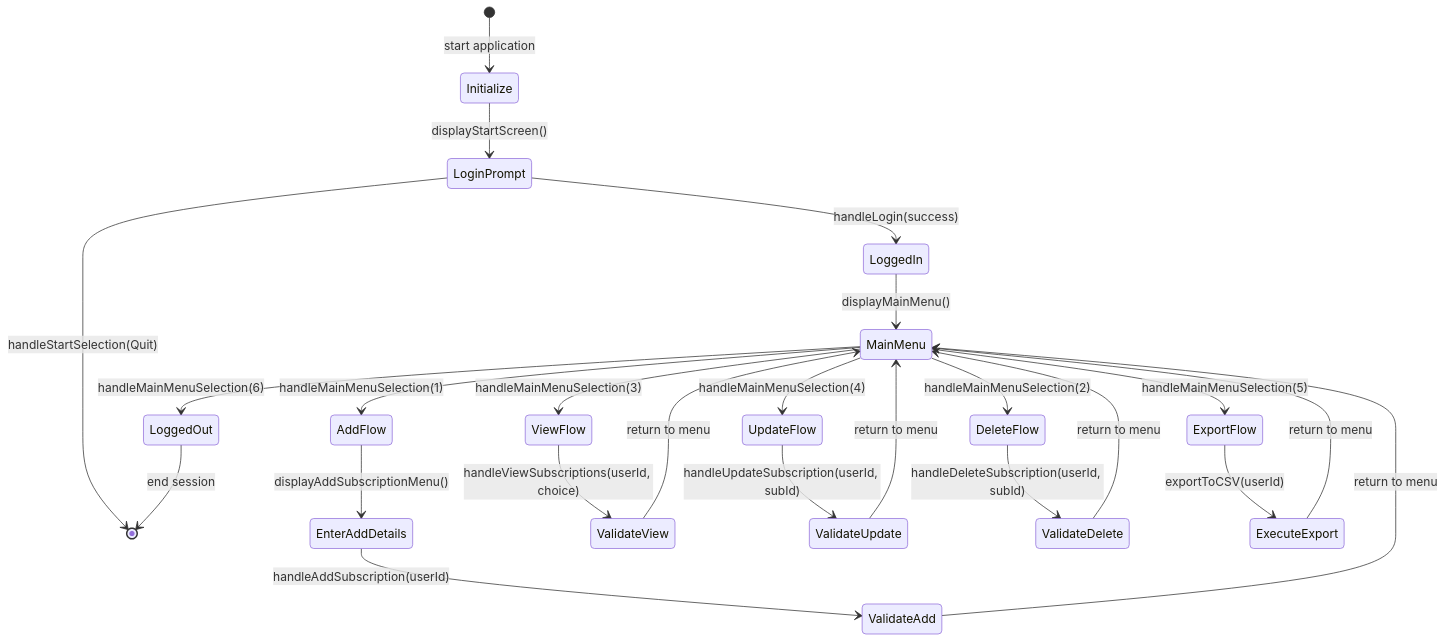
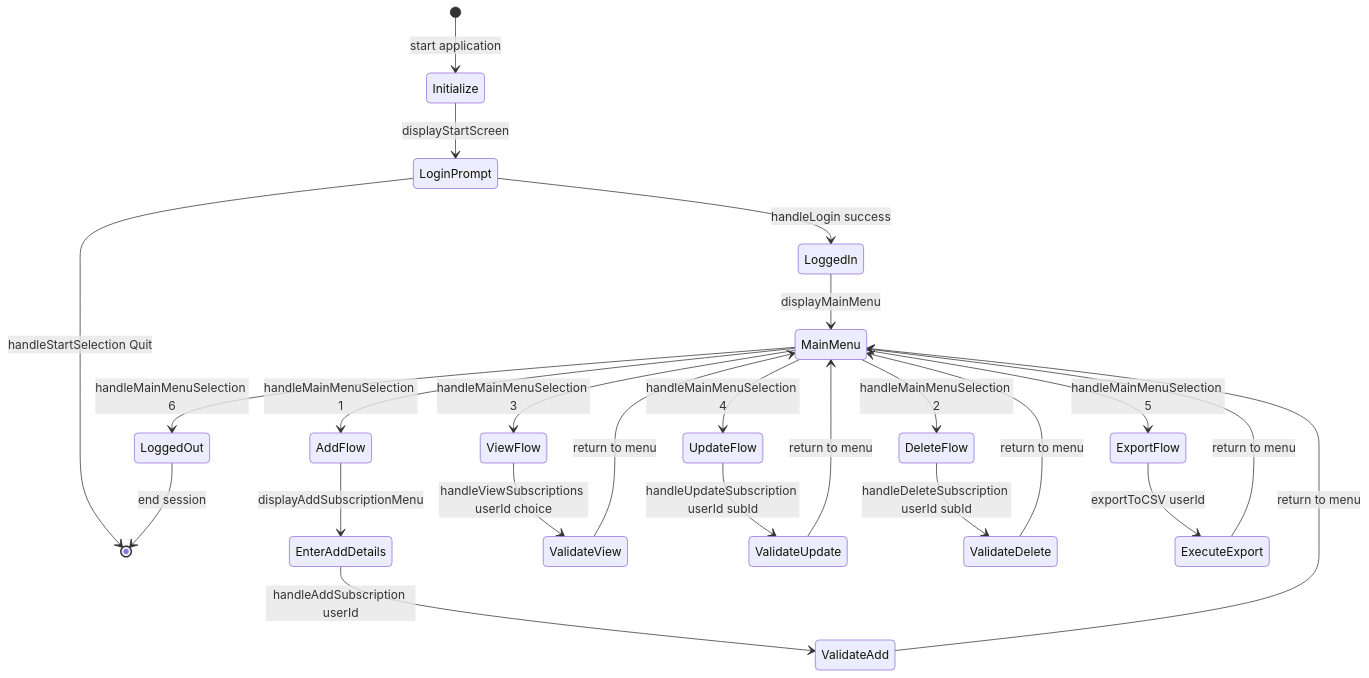
Before and after one commit to HashirOwais/NextPay-Subscription_Simplifed: diagram 19 of 20 in TESTING.md, drawn with Mermaid. The commit also changed other lines of this file, not shown here.

````diff
--- a/TESTING.md
+++ b/TESTING.md
@@ -368,32 +435,32 @@
 ```mermaid
 stateDiagram-v2
   [*] --> Initialize: start application
-  Initialize --> LoginPrompt: displayStartScreen()
-  LoginPrompt --> LoggedIn: handleLogin(success)
-  LoginPrompt --> [*]: handleStartSelection(Quit)
-  LoggedIn --> MainMenu: displayMainMenu()
+  Initialize --> LoginPrompt: displayStartScreen
+  LoginPrompt --> LoggedIn: handleLogin success
+  LoginPrompt --> [*]: handleStartSelection Quit
+  LoggedIn --> MainMenu: displayMainMenu
 
-  MainMenu --> AddFlow: handleMainMenuSelection(1)
-  AddFlow --> EnterAddDetails: displayAddSubscriptionMenu()
-  EnterAddDetails --> ValidateAdd: handleAddSubscription(userId)
+  MainMenu --> AddFlow: handleMainMenuSelection 1
+  AddFlow --> EnterAddDetails: displayAddSubscriptionMenu
+  EnterAddDetails --> ValidateAdd: handleAddSubscription userId
   ValidateAdd --> MainMenu: return to menu
 
-  MainMenu --> ViewFlow: handleMainMenuSelection(3)
-  ViewFlow --> ValidateView: handleViewSubscriptions(userId, choice)
+  MainMenu --> ViewFlow: handleMainMenuSelection 3
+  ViewFlow --> ValidateView: handleViewSubscriptions userId choice
   ValidateView --> MainMenu: return to menu
 
-  MainMenu --> UpdateFlow: handleMainMenuSelection(4)
-  UpdateFlow --> ValidateUpdate: handleUpdateSubscription(userId, subId)
+  MainMenu --> UpdateFlow: handleMainMenuSelection 4
+  UpdateFlow --> ValidateUpdate: handleUpdateSubscription userId subId
   ValidateUpdate --> MainMenu: return to menu
 
-  MainMenu --> DeleteFlow: handleMainMenuSelection(2)
-  DeleteFlow --> ValidateDelete: handleDeleteSubscription(userId, subId)
+  MainMenu --> DeleteFlow: handleMainMenuSelection 2
+  DeleteFlow --> ValidateDelete: handleDeleteSubscription userId subId
   ValidateDelete --> MainMenu: return to menu
 
-  MainMenu --> ExportFlow: handleMainMenuSelection(5)
-  ExportFlow --> ExecuteExport: exportToCSV(userId)
+  MainMenu --> ExportFlow: handleMainMenuSelection 5
+  ExportFlow --> ExecuteExport: exportToCSV userId
   ExecuteExport --> MainMenu: return to menu
 
-  MainMenu --> LoggedOut: handleMainMenuSelection(6)
+  MainMenu --> LoggedOut: handleMainMenuSelection 6
   LoggedOut --> [*]: end session
 ```
````
